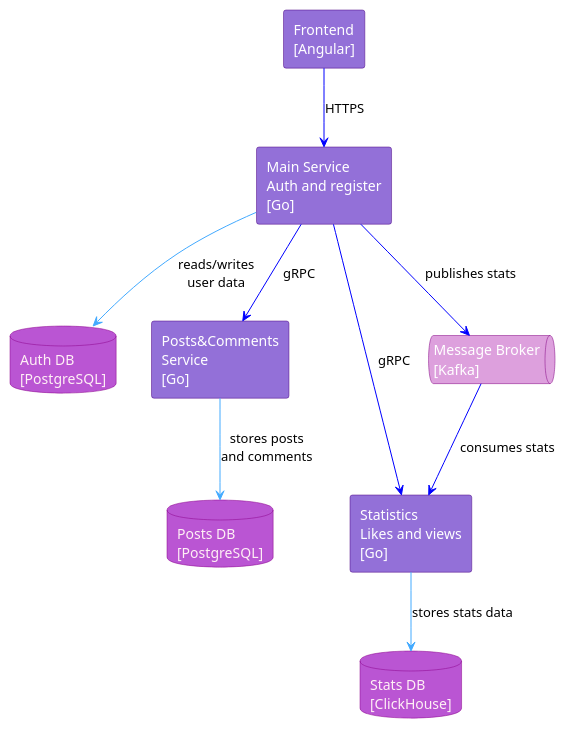
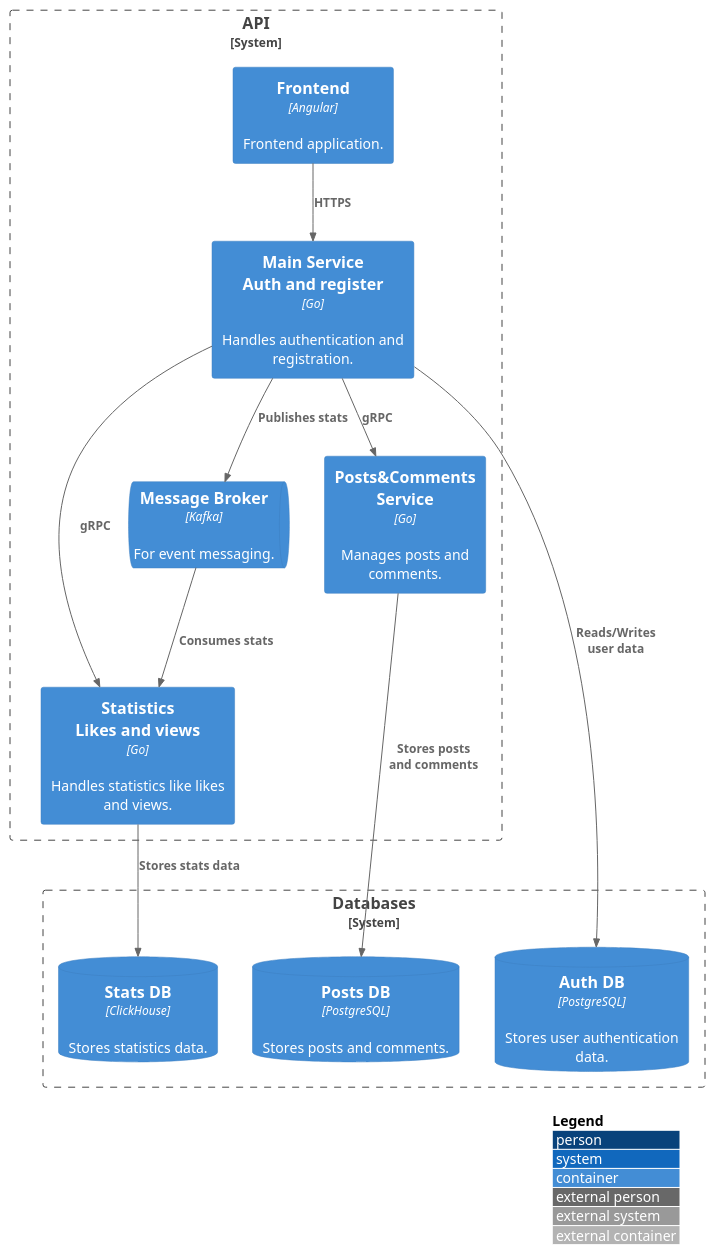
One commit to MrMamka/task-tracker changed the diagram in doc/c4-containers.puml. Above: the diagram before and after it, drawn with PlantUML. The commit also changed 3 other files, not shown here.

```diff
--- a/doc/c4-containers.puml
+++ b/doc/c4-containers.puml
@@ -1,37 +1,29 @@
 @startuml containers
+!include https://raw.githubusercontent.com/plantuml-stdlib/C4-PlantUML/master/C4_Container.puml
 
-skinparam rectangle {
-    BackgroundColor MediumPurple
-    BorderColor Indigo
-    FontColor White
-}
-skinparam database {
-    BackgroundColor MediumOrchid
-    BorderColor DarkMagenta
-    FontColor LavenderBlush
-}
-skinparam queue {
-    BackgroundColor Plum
-    BorderColor Purple
-    FontColor White
+LAYOUT_WITH_LEGEND()
+
+System_Boundary(c1, "API") {
+    Container(frontend, "Frontend", "Angular", "Frontend application.")
+    Container(mainService, "Main Service\nAuth and register", "Go", "Handles authentication and registration.")
+    Container(postsService, "Posts&Comments\nService", "Go", "Manages posts and comments.")
+    Container(statsService, "Statistics\nLikes and views", "Go", "Handles statistics like likes and views.")
+    ContainerQueue(kafka, "Message Broker", "Kafka", "For event messaging.")
 }
 
-rectangle "Frontend\n[Angular]" as Frontend
-rectangle "Main Service\nAuth and register\n[Go]" as MainService
-database "Auth DB\n[PostgreSQL]" as AuthDB
-rectangle "Posts&Comments\nService\n[Go]" as PostsService
-database "Posts DB\n[PostgreSQL]" as PostsDB
-rectangle "Statistics\nLikes and views\n[Go]" as StatsService
-database "Stats DB\n[ClickHouse]" as StatsDB 
-queue "Message Broker\n[Kafka]" as Kafka
+System_Boundary(db, "Databases") {
+    ContainerDb(authDb, "Auth DB", "PostgreSQL", "Stores user authentication data.")
+    ContainerDb(postsDb, "Posts DB", "PostgreSQL", "Stores posts and comments.")
+    ContainerDb(statsDb, "Stats DB", "ClickHouse", "Stores statistics data.")
+}
 
-Frontend -[#0000ff]-> MainService : "HTTPS"
-MainService -[#0000ff]-> StatsService : "gRPC"
-MainService -[#0000ff]-> PostsService : "gRPC"
-MainService -[#42aaff]-> AuthDB : "reads/writes\nuser data"
-PostsService -[#42aaff]-> PostsDB : "stores posts\nand comments"
-StatsService -[#42aaff]-> StatsDB : "stores stats data"
-MainService -[#0000ff]-> Kafka : "publishes stats"
-Kafka -[#0000ff]-> StatsService : "consumes stats"
+Rel(frontend, mainService, "HTTPS")
+Rel(mainService, statsService, "gRPC")
+Rel(mainService, postsService, "gRPC")
+Rel(mainService, authDb, "Reads/Writes\nuser data")
+Rel(postsService, postsDb, "Stores posts\nand comments")
+Rel(statsService, statsDb, "Stores stats data")
+Rel(mainService, kafka, "Publishes stats")
+Rel(kafka, statsService, "Consumes stats")
 
 @enduml
```
